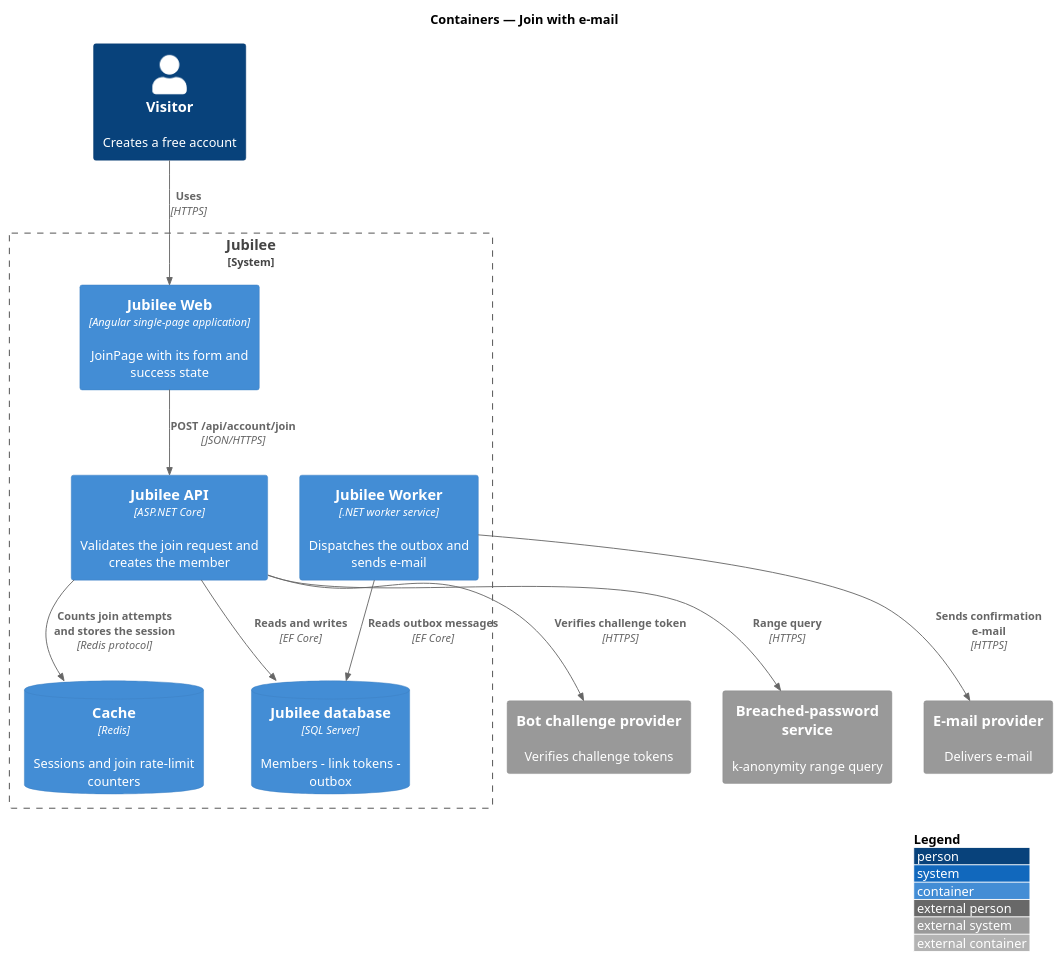
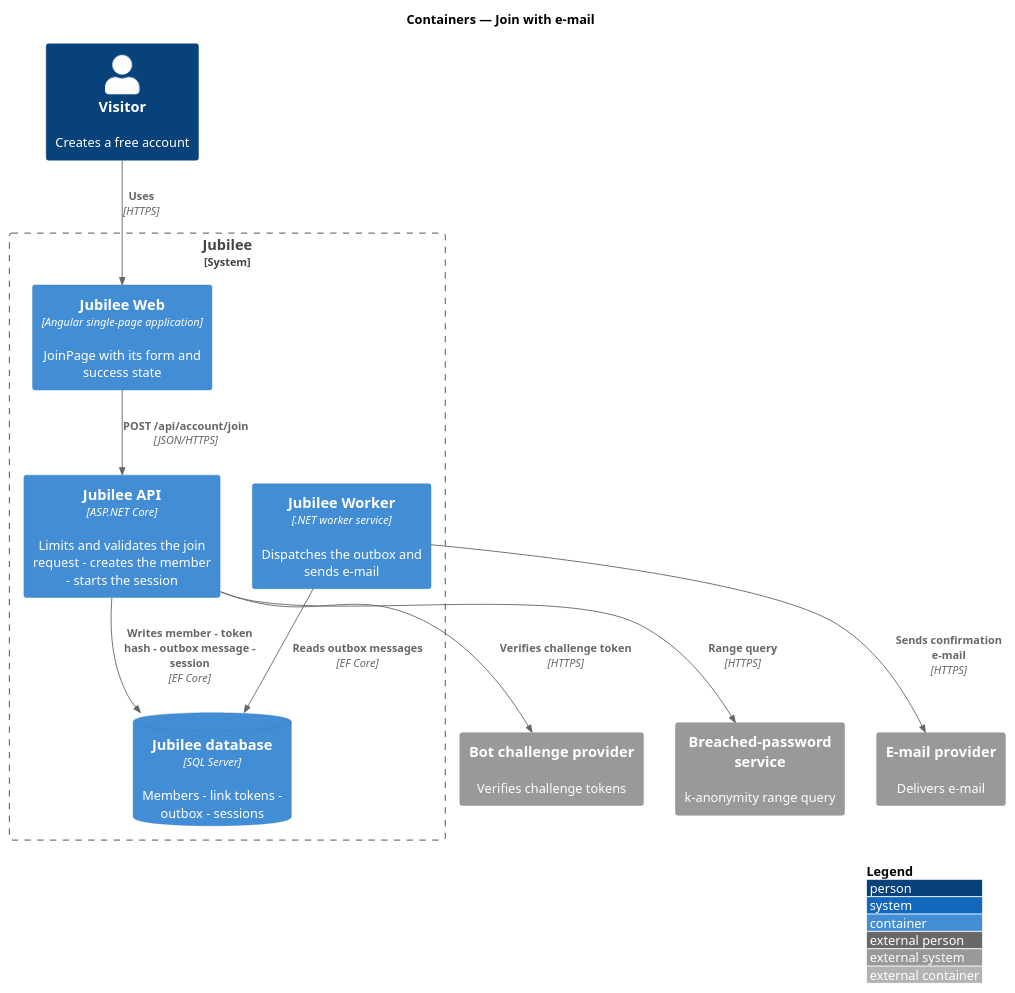
The diagram in docs/detailed-designs/accounts/join-with-email/diagrams/c4-container.puml (QuinntyneBrown/jubilee), drawn with PlantUML before and after one commit. The commit also changed 40 other files, not shown here.

```diff
--- a/docs/detailed-designs/accounts/join-with-email/diagrams/c4-container.puml
+++ b/docs/detailed-designs/accounts/join-with-email/diagrams/c4-container.puml
@@ -1,26 +1,24 @@
 @startuml
 !include <C4/C4_Container>
 LAYOUT_WITH_LEGEND()
 title Containers — Join with e-mail
 
 Person(visitor, "Visitor", "Creates a free account")
 System_Boundary(jubilee, "Jubilee") {
   Container(web, "Jubilee Web", "Angular single-page application", "JoinPage with its form and success state")
-  Container(api, "Jubilee API", "ASP.NET Core", "Validates the join request and creates the member")
+  Container(api, "Jubilee API", "ASP.NET Core", "Limits and validates the join request - creates the member - starts the session")
   Container(worker, "Jubilee Worker", ".NET worker service", "Dispatches the outbox and sends e-mail")
-  ContainerDb(db, "Jubilee database", "SQL Server", "Members - link tokens - outbox")
-  ContainerDb(cache, "Cache", "Redis", "Sessions and join rate-limit counters")
+  ContainerDb(db, "Jubilee database", "SQL Server", "Members - link tokens - outbox - sessions")
 }
 System_Ext(email, "E-mail provider", "Delivers e-mail")
 System_Ext(bot, "Bot challenge provider", "Verifies challenge tokens")
 System_Ext(breach, "Breached-password service", "k-anonymity range query")
 
 Rel(visitor, web, "Uses", "HTTPS")
 Rel(web, api, "POST /api/account/join", "JSON/HTTPS")
-Rel(api, db, "Reads and writes", "EF Core")
-Rel(api, cache, "Counts join attempts and stores the session", "Redis protocol")
+Rel(api, db, "Writes member - token hash - outbox message - session", "EF Core")
 Rel(api, bot, "Verifies challenge token", "HTTPS")
 Rel(api, breach, "Range query", "HTTPS")
 Rel(worker, db, "Reads outbox messages", "EF Core")
 Rel(worker, email, "Sends confirmation e-mail", "HTTPS")
 @enduml
```
